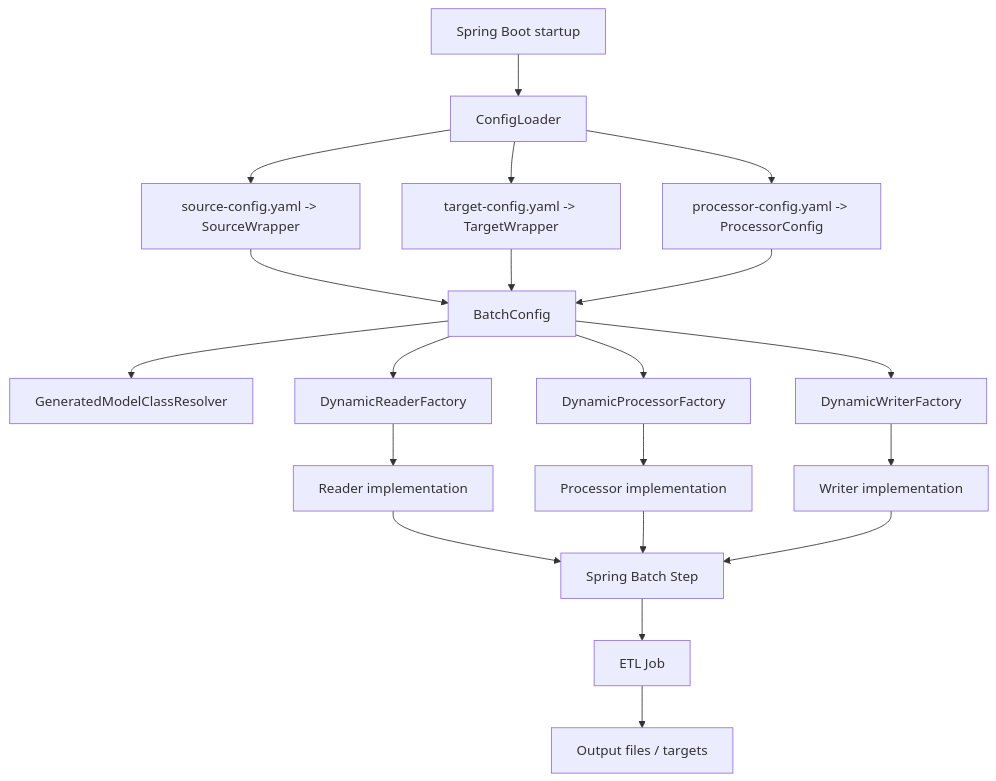
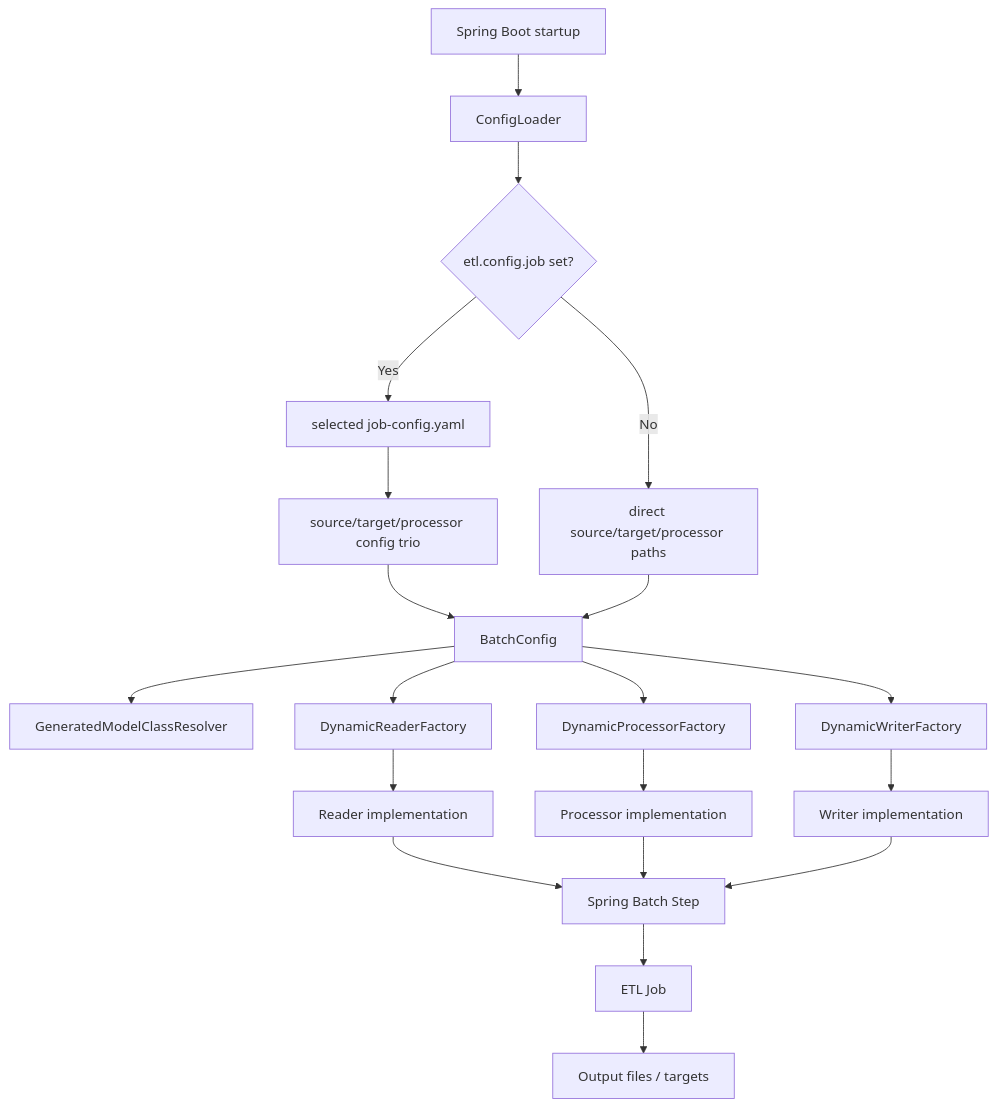
Before and after one commit to kbalanandam/spring-etl-engine: the diagram in docs/architecture/overview.md, drawn with Mermaid. The commit also changed other lines of this file and 11 other files, not shown here.

````diff
--- a/docs/architecture/overview.md
+++ b/docs/architecture/overview.md
@@ -19,27 +20,27 @@
 ```mermaid
 flowchart TD
     A[Spring Boot startup] --> B[ConfigLoader]
-    B --> C[source-config.yaml -> SourceWrapper]
-    B --> D[target-config.yaml -> TargetWrapper]
-    B --> E[processor-config.yaml -> ProcessorConfig]
+    B --> C{etl.config.job set?}
+    C -- Yes --> D[selected job-config.yaml]
+    D --> E[source/target/processor config trio]
+    C -- No --> F[direct source/target/processor paths]
 
-    C --> F[BatchConfig]
-    D --> F
-    E --> F
+    E --> G[BatchConfig]
+    F --> G
 
-    F --> G[GeneratedModelClassResolver]
-    F --> H[DynamicReaderFactory]
-    F --> I[DynamicProcessorFactory]
-    F --> J[DynamicWriterFactory]
+    G --> H[GeneratedModelClassResolver]
+    G --> I[DynamicReaderFactory]
+    G --> J[DynamicProcessorFactory]
+    G --> K[DynamicWriterFactory]
 
-    H --> K[Reader implementation]
-    I --> L[Processor implementation]
-    J --> M[Writer implementation]
+    I --> L[Reader implementation]
+    J --> M[Processor implementation]
+    K --> N[Writer implementation]
 
-    K --> N[Spring Batch Step]
-    L --> N
-    M --> N
+    L --> O[Spring Batch Step]
+    M --> O
+    N --> O
 
-    N --> O[ETL Job]
-    O --> P[Output files / targets]
+    O --> P[ETL Job]
+    P --> Q[Output files / targets]
 ```
````
